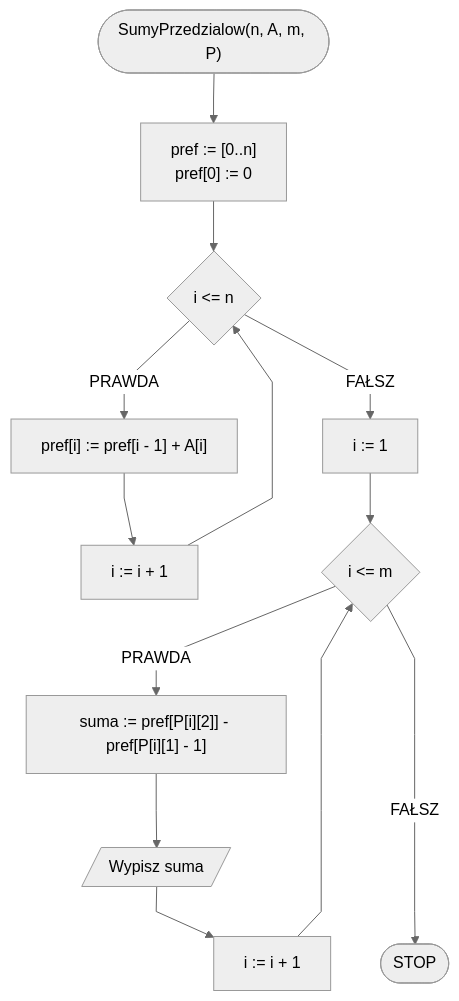
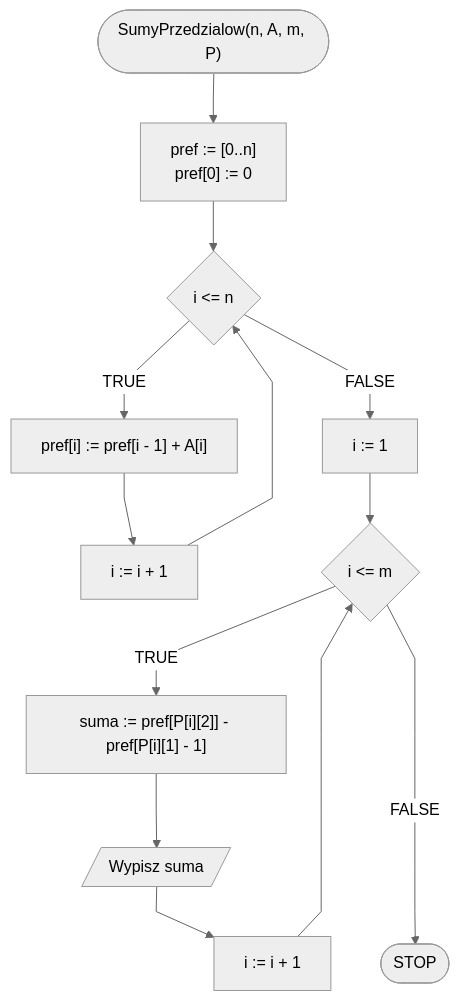
Before and after one commit to blackbat13/edu-cs-htiew-en: the second of 2 diagrams in docs/algorithms/searching/prefix-sum.md, drawn with Mermaid. The commit also changed other lines of this file and 682 other files, not shown here.

````diff
--- a/docs/algorithms/searching/prefix-sum.md
+++ b/docs/algorithms/searching/prefix-sum.md
@@ -99,17 +99,17 @@
 ```mermaid
 %%{init: {"flowchart": {"curve": "linear"}, "theme": "neutral"} }%%
 flowchart TD
 	START(["SumyPrzedzialow(n, A, m, P)"]) --> K1["pref := [0..n]
     pref[0] := 0"]
 	K1 --> K3{i <= n}
-	K3 -- PRAWDA --> K4["pref[i] := pref[i - 1] + A[i]"]
+	K3 -- TRUE --> K4["pref[i] := pref[i - 1] + A[i]"]
     K4 --> K3i[i := i + 1]
     K3i --> K3
-    K3 -- FAŁSZ --> K5p[i := 1]
+    K3 -- FALSE --> K5p[i := 1]
     K5p --> K5{i <= m}
-    K5 -- PRAWDA --> K6["suma := pref[P[i][2]] - pref[P[i][1] - 1]"]
+    K5 -- TRUE --> K6["suma := pref[P[i][2]] - pref[P[i][1] - 1]"]
     K6 --> K7[/Wypisz suma/]
     K7 --> K5i[i := i + 1]
     K5i --> K5
-    K5 -- FAŁSZ ----> STOP([STOP])
+    K5 -- FALSE ----> STOP([STOP])
 ```
````
